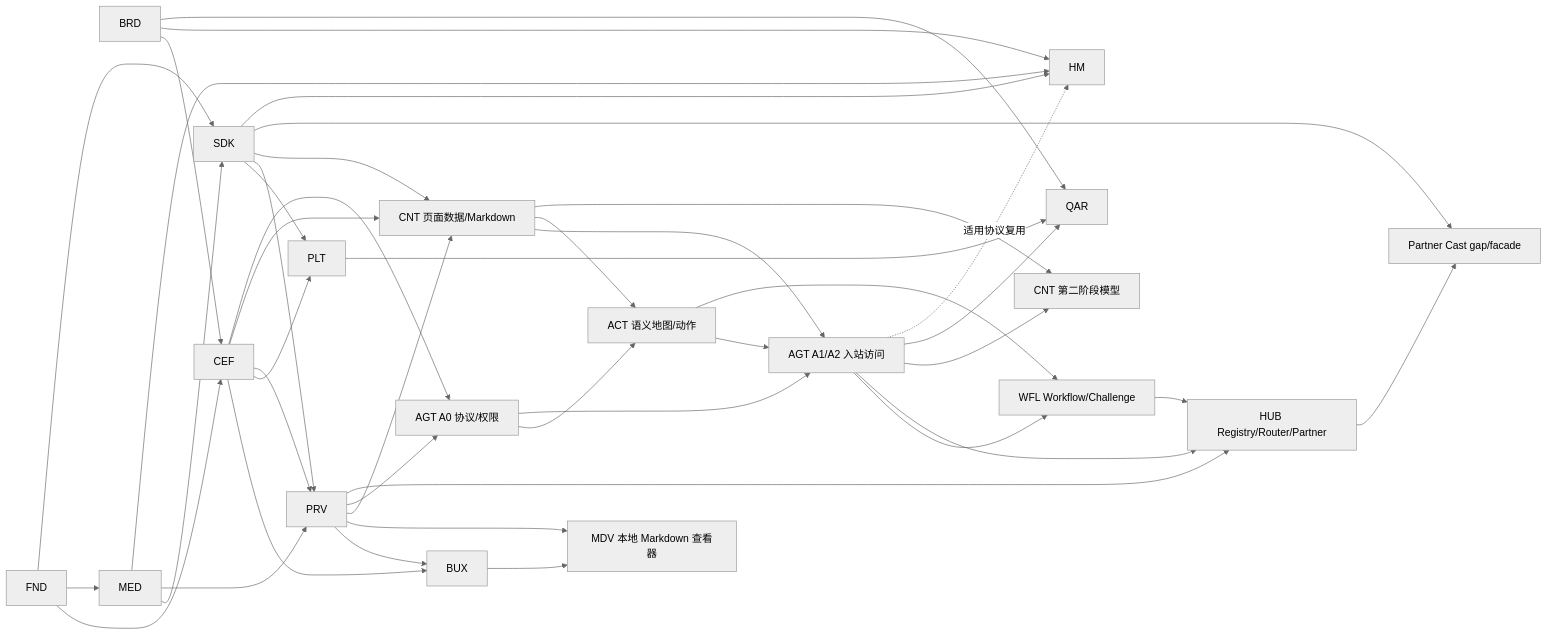
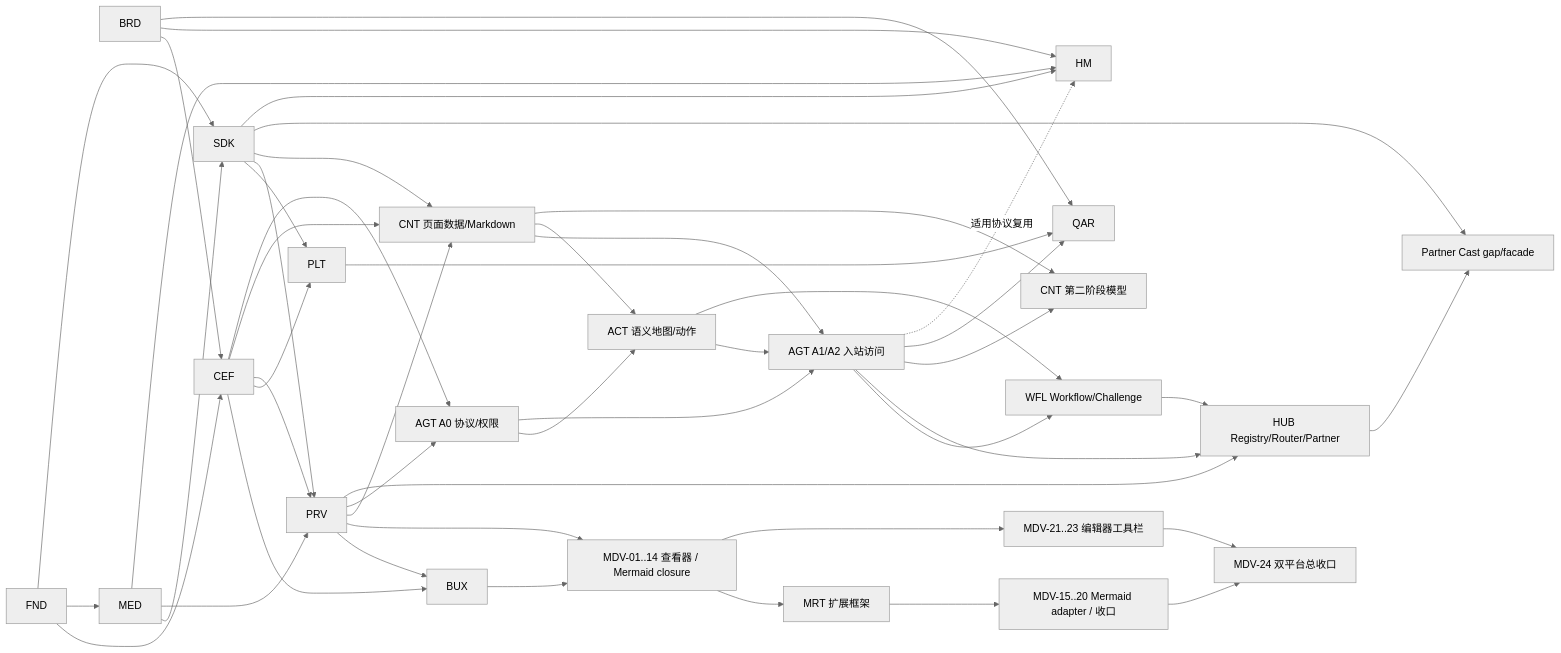
Before and after one commit to shenyingjun5/crayon-browser: the diagram in docs/crayon-private-cast-browser-roadmap.md, drawn with Mermaid (neutral theme). The commit also changed other lines of this file and 66 other files, not shown here.

````diff
--- a/docs/crayon-private-cast-browser-roadmap.md
+++ b/docs/crayon-private-cast-browser-roadmap.md
@@ -55,43 +57,48 @@
 ```mermaid
 flowchart LR
   BRD --> CEF
   BRD --> HM
   BRD --> QAR
   FND --> CEF
   CEF --> BUX
   PRV --> BUX
-  BUX --> MDV["MDV 本地 Markdown 查看器"]
-  PRV --> MDV
+  BUX --> MDVBASE["MDV-01..14 查看器 / Mermaid closure"]
+  PRV --> MDVBASE
+  MDVBASE --> MRT["MRT 扩展框架"]
+  MRT --> MDVEXT["MDV-15..20 Mermaid adapter / 收口"]
+  MDVBASE --> MDVTOOL["MDV-21..23 编辑器工具栏"]
+  MDVEXT --> MDVFINAL["MDV-24 双平台总收口"]
+  MDVTOOL --> MDVFINAL
   FND --> MED
   FND --> SDK
   MED --> SDK
   CEF --> PLT
   SDK --> PLT
   CEF --> PRV
   MED --> PRV
   SDK --> PRV
   CEF --> CNT["CNT 页面数据/Markdown"]
   SDK --> CNT
   PRV --> CNT
   CEF --> AGT0["AGT A0 协议/权限"]
   PRV --> AGT0
   CNT --> AGT1["AGT A1/A2 入站访问"]
   CNT --> ACT["ACT 语义地图/动作"]
   AGT0 --> ACT
   AGT0 --> AGT1
   ACT --> AGT1
   ACT --> WFL["WFL Workflow/Challenge"]
   AGT1 --> WFL
   WFL --> HUB["HUB Registry/Router/Partner"]
   AGT1 --> HUB
   PRV --> HUB
   CNT --> MODEL["CNT 第二阶段模型"]
   AGT1 --> MODEL
   HUB --> PC["Partner Cast gap/facade"]
   SDK --> PC
   PLT --> QAR
   AGT1 --> QAR
   MED --> HM
   SDK --> HM
   AGT1 -. "适用协议复用" .-> HM
 ```
````
